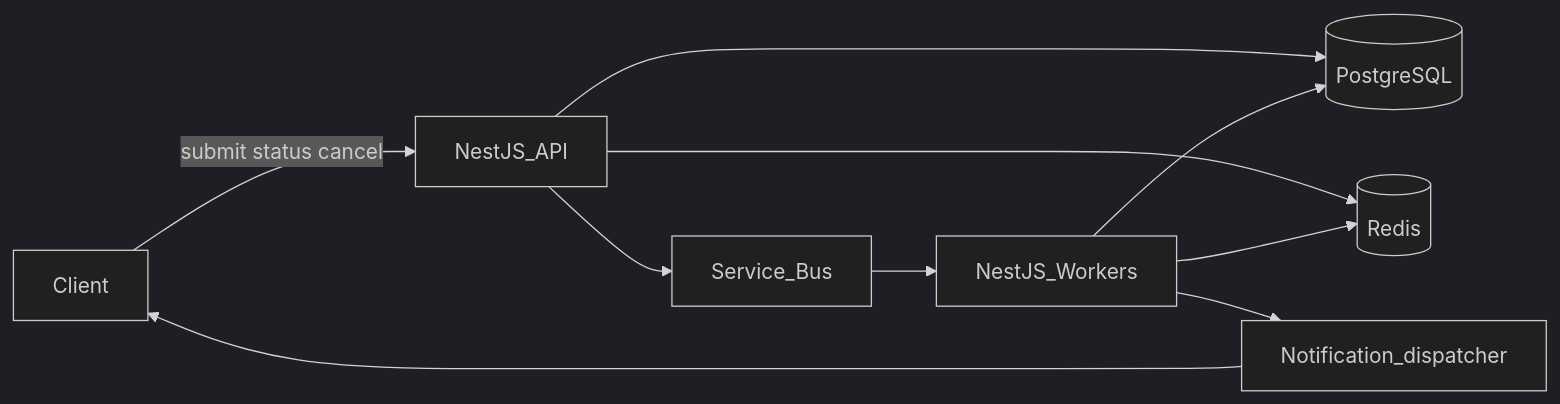
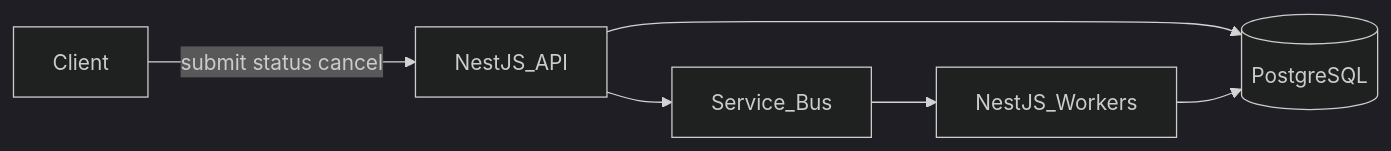
The diagram in README.md (apintado11/makai-async-jobs), drawn with Mermaid (dark theme) before and after one commit. The commit also changed other lines of this file and 1 other file, not shown here.

Commit message:
Drop Redis and Temporal so the design is three pieces: API, queue, job table.

````diff
--- a/README.md
+++ b/README.md
@@ -26,19 +24,13 @@
 ```mermaid
 flowchart LR
   Client[Client]
   Api[NestJS_API]
   Db[(PostgreSQL)]
-  Cache[(Redis)]
   Bus[Service_Bus]
   Workers[NestJS_Workers]
-  Notify[Notification_dispatcher]
   Client -->|"submit status cancel"| Api
   Api --> Db
-  Api --> Cache
   Api --> Bus
   Bus --> Workers
   Workers --> Db
-  Workers --> Cache
-  Workers --> Notify
-  Notify --> Client
 ```
````
